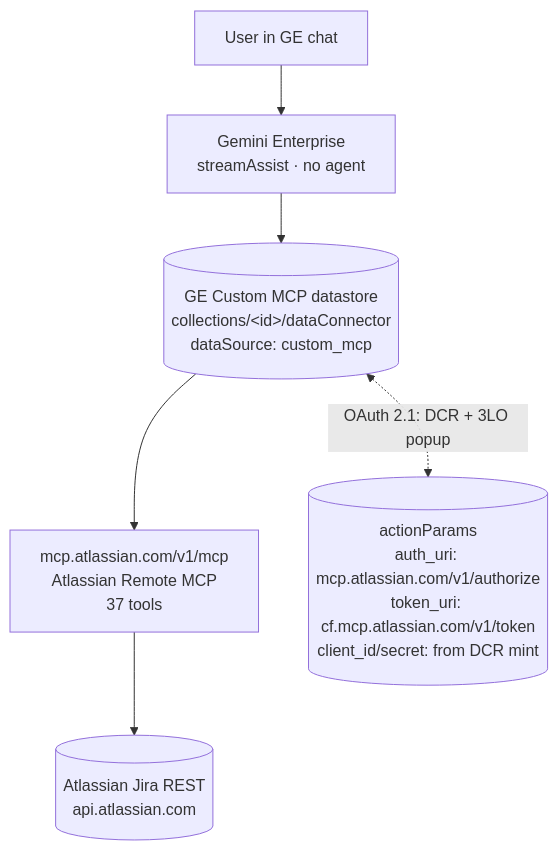
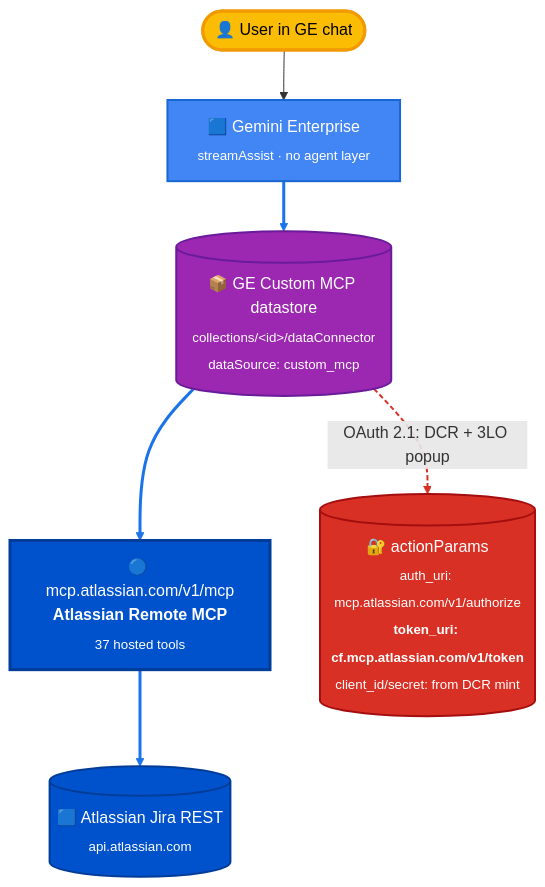
One commit to jchavezar/vertex-ai-samples changed the diagram in semiautonomous-agents/atlassian-jira-integration/option-b-direct-remote-mcp/README.md. Above: the diagram before and after it, drawn with Mermaid. The commit also changed 5 other files, not shown here.

First line of the commit message:
docs(atlassian-jira-integration): vivid mermaid diagrams + interactive live-setup page

````diff
--- a/semiautonomous-agents/atlassian-jira-integration/option-b-direct-remote-mcp/README.md
+++ b/semiautonomous-agents/atlassian-jira-integration/option-b-direct-remote-mcp/README.md
@@ -13,15 +13,24 @@
 ```mermaid
 flowchart TB
-  user[User in GE chat]
-  ge[Gemini Enterprise<br/>streamAssist · no agent]
-  store[(GE Custom MCP datastore<br/>collections/&lt;id&gt;/dataConnector<br/>dataSource: custom_mcp)]
-  rmcp[mcp.atlassian.com/v1/mcp<br/>Atlassian Remote MCP<br/>37 tools]
-  jira[(Atlassian Jira REST<br/>api.atlassian.com)]
-  auth[(actionParams<br/>auth_uri: mcp.atlassian.com/v1/authorize<br/>token_uri: cf.mcp.atlassian.com/v1/token<br/>client_id/secret: from DCR mint)]
+  user(["👤 User in GE chat"]):::user
+  ge["🟦 Gemini Enterprise<br/><sub>streamAssist · no agent layer</sub>"]:::ge
+  store[("📦 GE Custom MCP datastore<br/><sub>collections/&lt;id&gt;/dataConnector<br/>dataSource: custom_mcp</sub>")]:::store
+  rmcp["🔵 mcp.atlassian.com/v1/mcp<br/><b>Atlassian Remote MCP</b><br/><sub>37 hosted tools</sub>"]:::rmcp
+  jira[("🟦 Atlassian Jira REST<br/><sub>api.atlassian.com</sub>")]:::jira
+  auth[("🔐 actionParams<br/><sub>auth_uri: mcp.atlassian.com/v1/authorize</sub><br/><sub><b>token_uri: cf.mcp.atlassian.com/v1/token</b></sub><br/><sub>client_id/secret: from DCR mint</sub>")]:::auth
 
   user --> ge
-  ge --> store
-  store <-.->|OAuth 2.1: DCR + 3LO popup| auth
-  store --> rmcp
-  rmcp --> jira
+  ge ==> store
+  store -.->|OAuth 2.1: DCR + 3LO popup| auth
+  store ==> rmcp
+  rmcp ==> jira
+
+  classDef user fill:#FBBC04,stroke:#F29900,stroke-width:3px,color:#000
+  classDef ge fill:#4285F4,stroke:#1967D2,stroke-width:2px,color:#fff
+  classDef store fill:#9C27B0,stroke:#6A1B9A,stroke-width:2px,color:#fff
+  classDef rmcp fill:#0052CC,stroke:#003D99,stroke-width:3px,color:#fff
+  classDef jira fill:#0052CC,stroke:#003D99,stroke-width:2px,color:#fff
+  classDef auth fill:#D93025,stroke:#A50E0E,stroke-width:2px,color:#fff
+  linkStyle 1,3,4 stroke:#1A73E8,stroke-width:3px
+  linkStyle 2 stroke:#D93025,stroke-width:2px,stroke-dasharray:5 3
 ```
````
